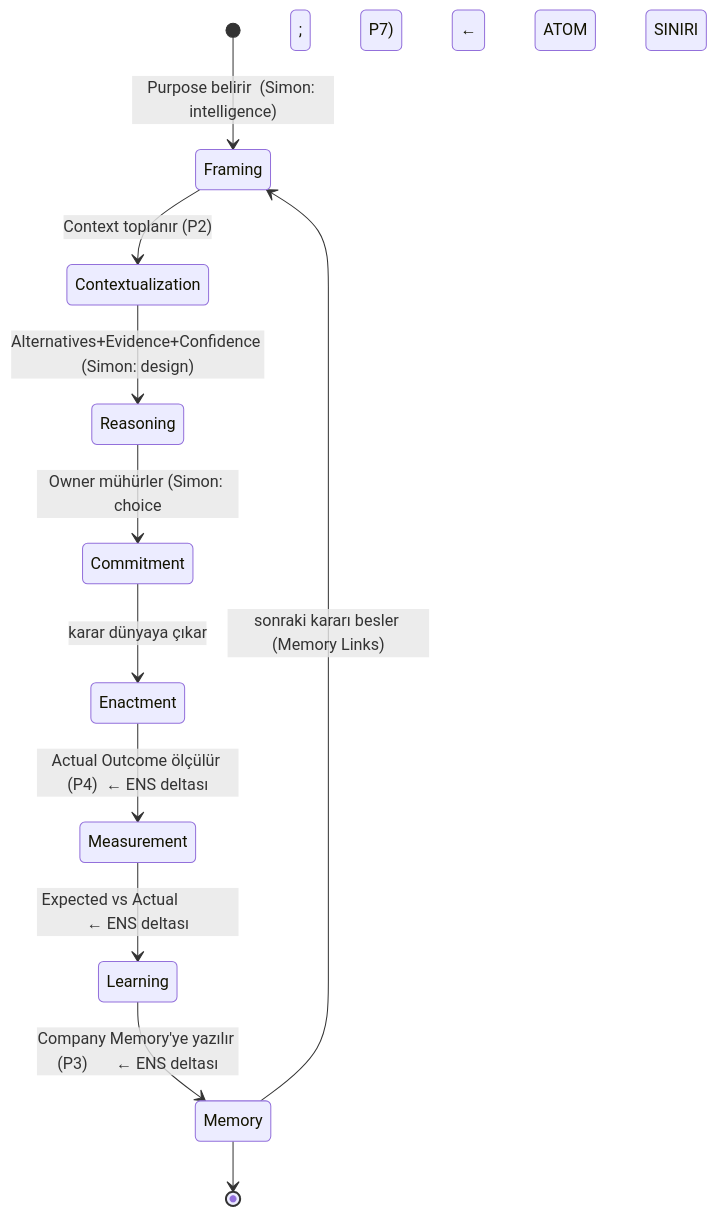
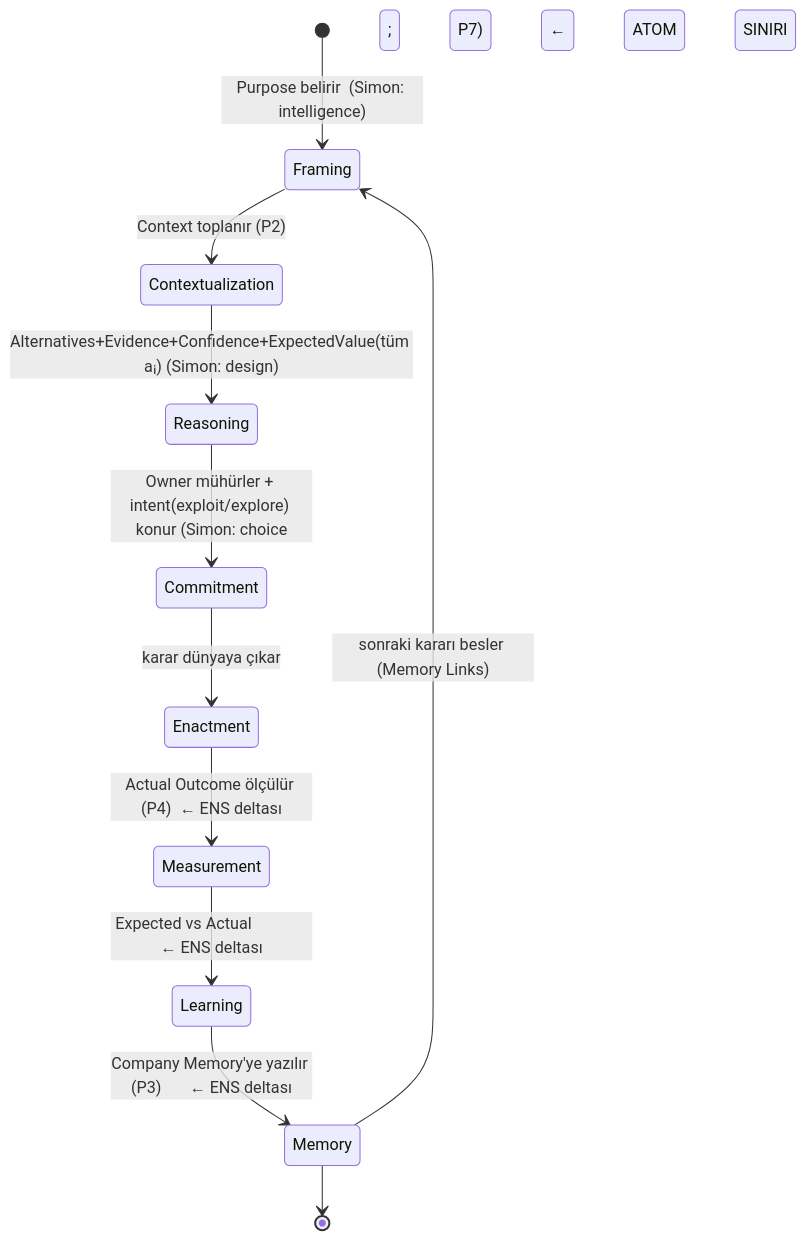
The diagram in 2000-theory/ENS-2001-decision-theory.md (fikrierenn/ens), drawn with Mermaid before and after one commit. The commit also changed other lines of this file and 1 other file, not shown here.

First line of the commit message:
docs(theory): add ExpectedValue and intent fields to Decision Object (OL1/OE1)

````diff
--- a/2000-theory/ENS-2001-decision-theory.md
+++ b/2000-theory/ENS-2001-decision-theory.md
@@ -119,13 +163,13 @@
 ```mermaid
 stateDiagram-v2
     [*] --> Framing: Purpose belirir  (Simon: intelligence)
     Framing --> Contextualization: Context toplanır (P2)
-    Contextualization --> Reasoning: Alternatives+Evidence+Confidence (Simon: design)
-    Reasoning --> Commitment: Owner mühürler (Simon: choice; P7) ← ATOM SINIRI
+    Contextualization --> Reasoning: Alternatives+Evidence+Confidence+ExpectedValue(tüm aᵢ) (Simon: design)
+    Reasoning --> Commitment: Owner mühürler + intent(exploit/explore) konur (Simon: choice; P7) ← ATOM SINIRI
     Commitment --> Enactment: karar dünyaya çıkar
     Enactment --> Measurement: Actual Outcome ölçülür (P4)  ← ENS deltası
     Measurement --> Learning: Expected vs Actual              ← ENS deltası
     Learning --> Memory: Company Memory'ye yazılır (P3)       ← ENS deltası
     Memory --> [*]
     Memory --> Framing: sonraki kararı besler (Memory Links)
 ```
````
